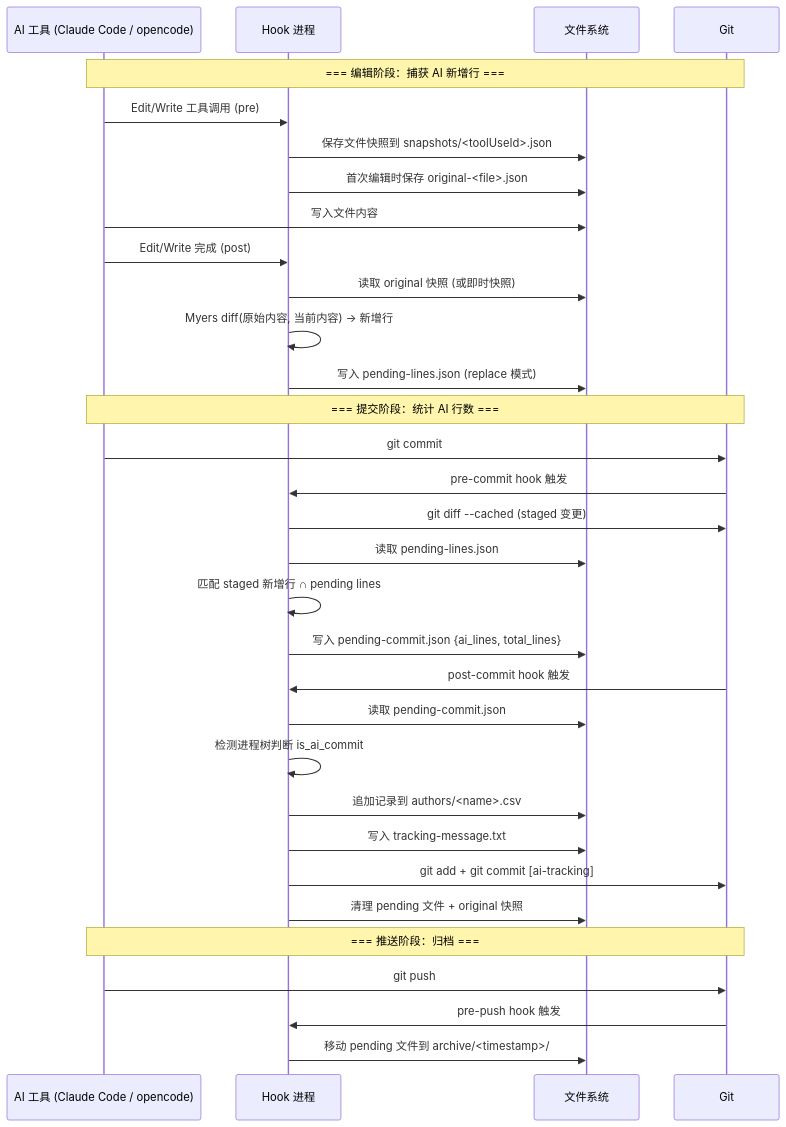
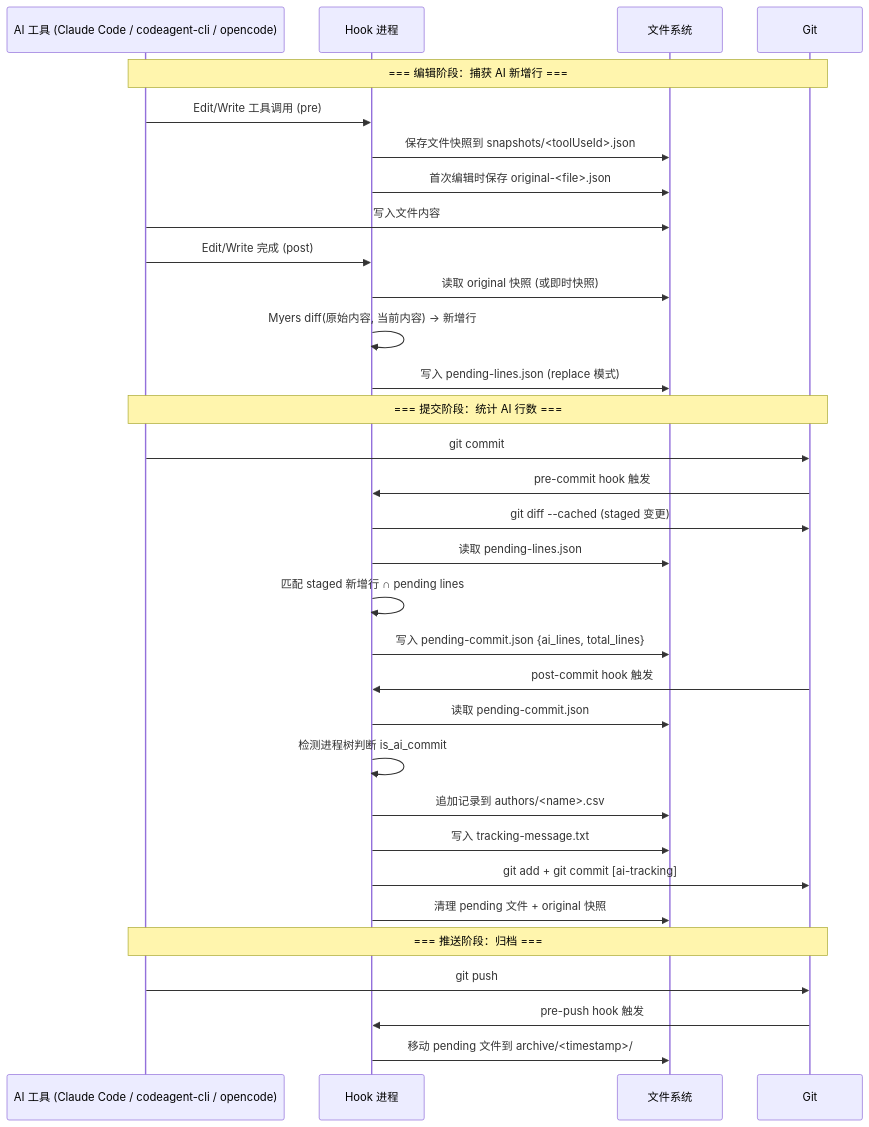
Before and after one commit to JohnJAS/git-code-tracker: the diagram in README.md, drawn with Mermaid. The commit also changed other lines of this file and 38 other files, not shown here.

Commit message:
Support CodeAgent-CLI 3.0

````diff
--- a/README.md
+++ b/README.md
@@ -9,40 +9,40 @@
 ```mermaid
 sequenceDiagram
-    participant AI as AI 工具 (Claude Code / opencode)
+    participant AI as AI 工具 (Claude Code / codeagent-cli / opencode)
     participant Hook as Hook 进程
     participant FS as 文件系统
     participant Git as Git
 
     Note over AI,Git: === 编辑阶段：捕获 AI 新增行 ===
 
     AI->>Hook: Edit/Write 工具调用 (pre)
     Hook->>FS: 保存文件快照到 snapshots/<toolUseId>.json
     Hook->>FS: 首次编辑时保存 original-<file>.json
     AI->>FS: 写入文件内容
     AI->>Hook: Edit/Write 完成 (post)
     Hook->>FS: 读取 original 快照 (或即时快照)
     Hook->>Hook: Myers diff(原始内容, 当前内容) → 新增行
     Hook->>FS: 写入 pending-lines.json (replace 模式)
 
     Note over AI,Git: === 提交阶段：统计 AI 行数 ===
 
     AI->>Git: git commit
     Git->>Hook: pre-commit hook 触发
     Hook->>Git: git diff --cached (staged 变更)
     Hook->>FS: 读取 pending-lines.json
     Hook->>Hook: 匹配 staged 新增行 ∩ pending lines
     Hook->>FS: 写入 pending-commit.json {ai_lines, total_lines}
     Git->>Hook: post-commit hook 触发
     Hook->>FS: 读取 pending-commit.json
     Hook->>Hook: 检测进程树判断 is_ai_commit
     Hook->>FS: 追加记录到 authors/<name>.csv
     Hook->>FS: 写入 tracking-message.txt
     Hook->>Git: git add + git commit [ai-tracking]
     Hook->>FS: 清理 pending 文件 + original 快照
 
     Note over AI,Git: === 推送阶段：归档 ===
 
     AI->>Git: git push
     Git->>Hook: pre-push hook 触发
     Hook->>FS: 移动 pending 文件到 archive/<timestamp>/
 ```
````
